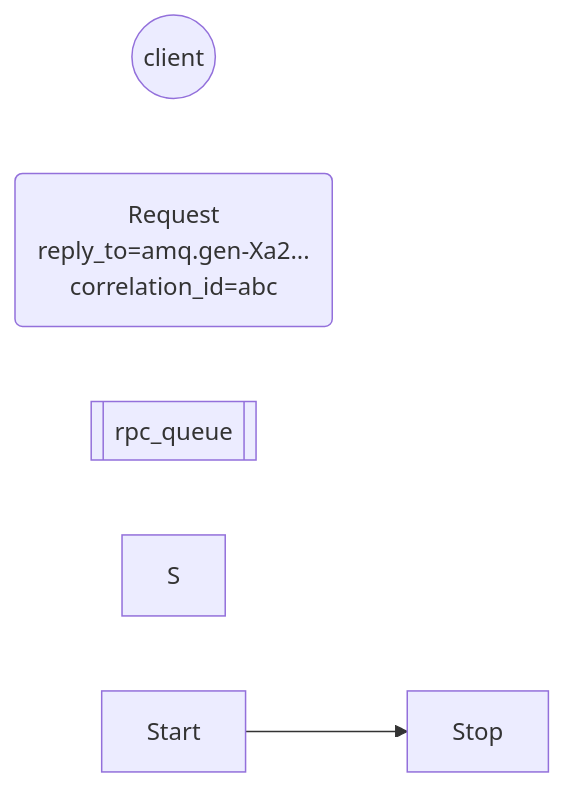
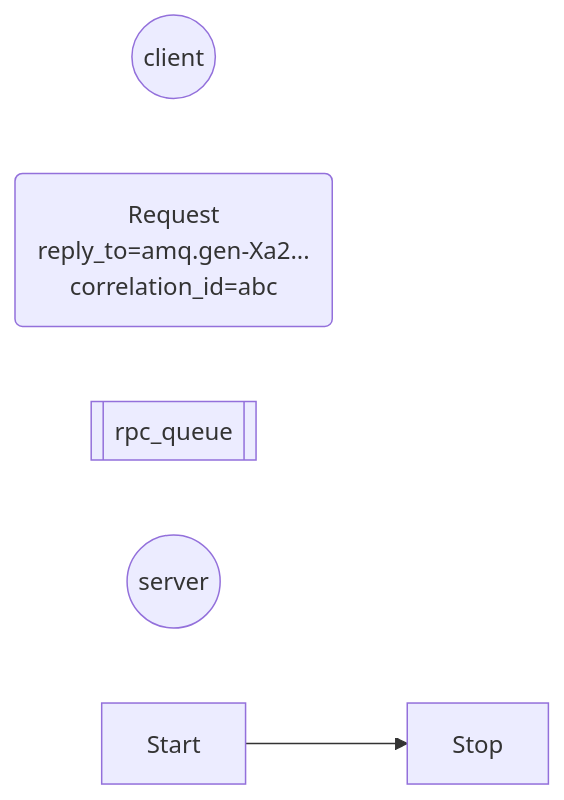
The diagram in all/未命名-7.md (googlelxhgithub/iodraw-files), drawn with Mermaid before and after one commit.

Commit message:
2024-08-30 19:05:35 update

````diff
--- a/all/未命名-7.md
+++ b/all/未命名-7.md
@@ -1,9 +1,9 @@
 ```mermaid
 flowchart LR
     C((client))
     R(Request\nreply_to=amq.gen-Xa2...\ncorrelation_id=abc)
     Q1[[rpc_queue]]
-    S
+    S((server))
     Start --> Stop
   
 ```
````
